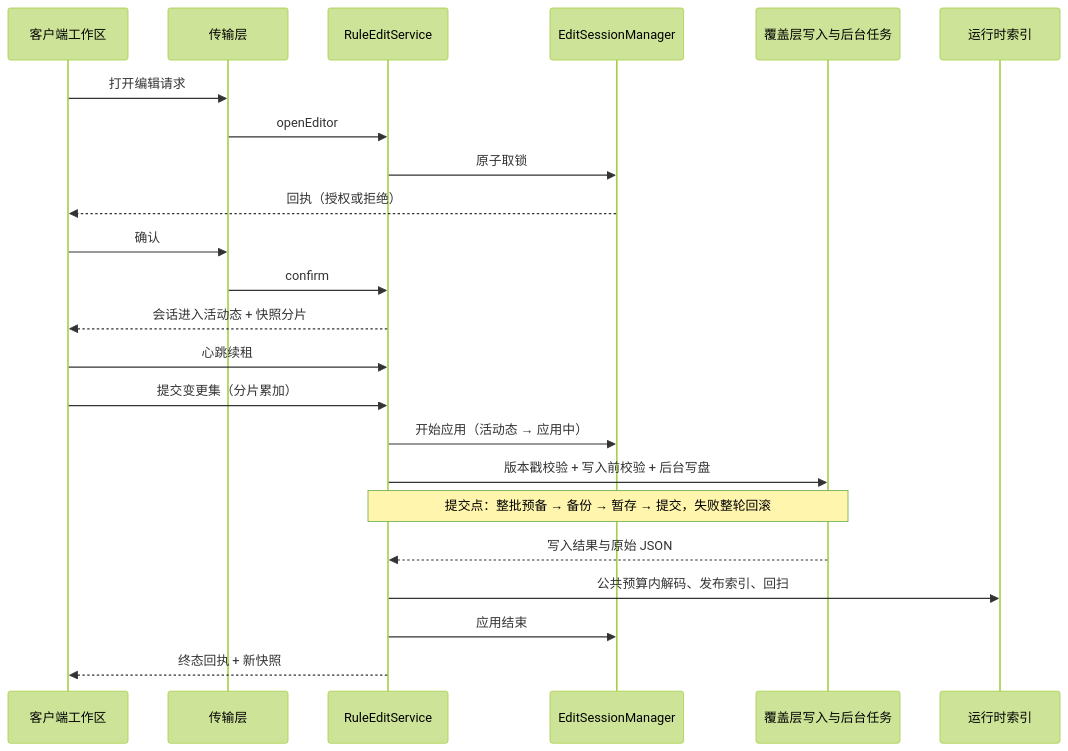
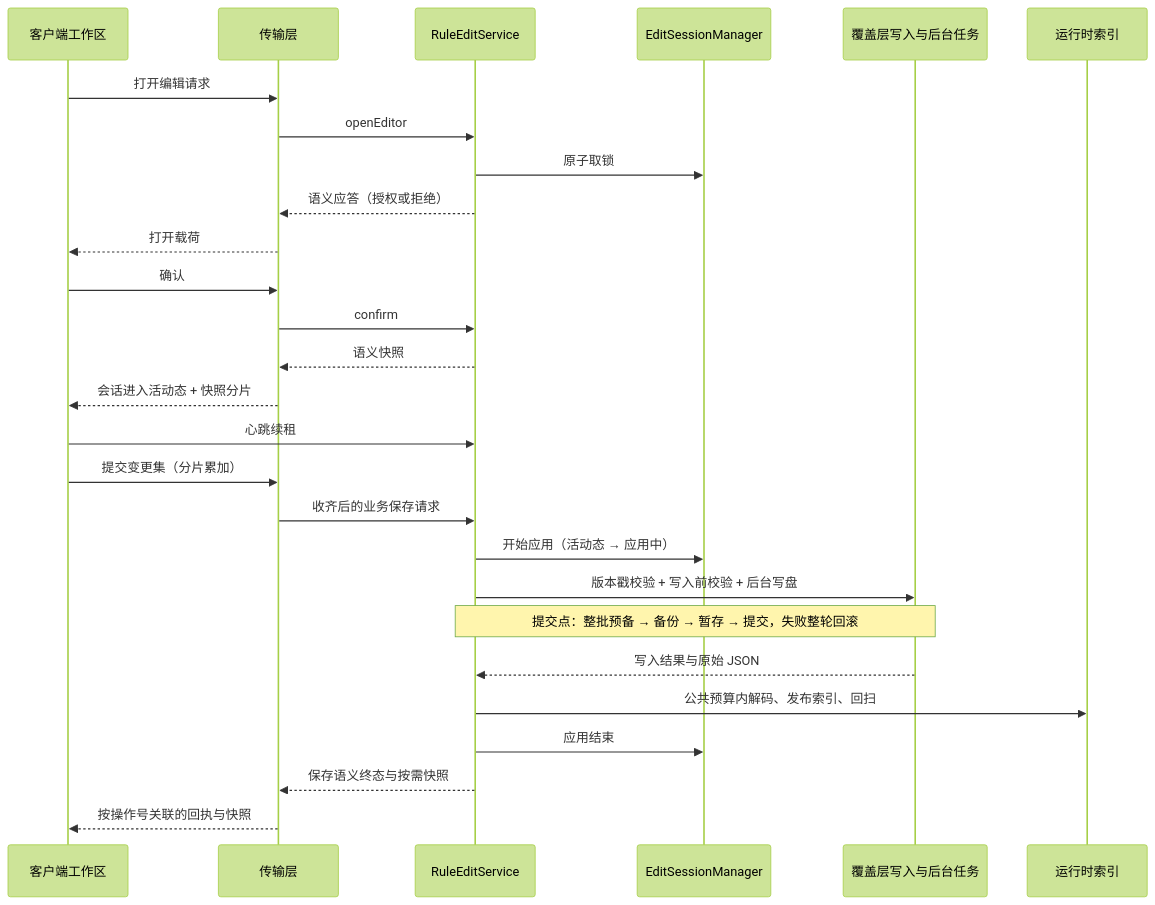
Before and after one commit to meteoritel/item-despawn-to-what: the third of 3 diagrams in docs/architecture/key-flows.md, drawn with Mermaid (forest theme). The commit also changed other lines of this file and 20 other files, not shown here.

````diff
--- a/docs/architecture/key-flows.md
+++ b/docs/architecture/key-flows.md
@@ -120,25 +120,29 @@
 ```mermaid
 sequenceDiagram
     participant C as 客户端工作区
     participant T as 传输层
     participant S as RuleEditService
     participant M as EditSessionManager
     participant W as 覆盖层写入与后台任务
     participant R as 运行时索引
     C->>T: 打开编辑请求
     T->>S: openEditor
     S->>M: 原子取锁
-    M-->>C: 回执（授权或拒绝）
+    S-->>T: 语义应答（授权或拒绝）
+    T-->>C: 打开载荷
     C->>T: 确认
     T->>S: confirm
-    S-->>C: 会话进入活动态 + 快照分片
+    S-->>T: 语义快照
+    T-->>C: 会话进入活动态 + 快照分片
     C->>S: 心跳续租
-    C->>S: 提交变更集（分片累加）
+    C->>T: 提交变更集（分片累加）
+    T->>S: 收齐后的业务保存请求
     S->>M: 开始应用（活动态 → 应用中）
     S->>W: 版本戳校验 + 写入前校验 + 后台写盘
     Note over S,W: 提交点：整批预备 → 备份 → 暂存 → 提交，失败整轮回滚
     W-->>S: 写入结果与原始 JSON
     S->>R: 公共预算内解码、发布索引、回扫
     S->>M: 应用结束
-    S-->>C: 终态回执 + 新快照
+    S-->>T: 保存语义终态与按需快照
+    T-->>C: 按操作号关联的回执与快照
 ```
````
